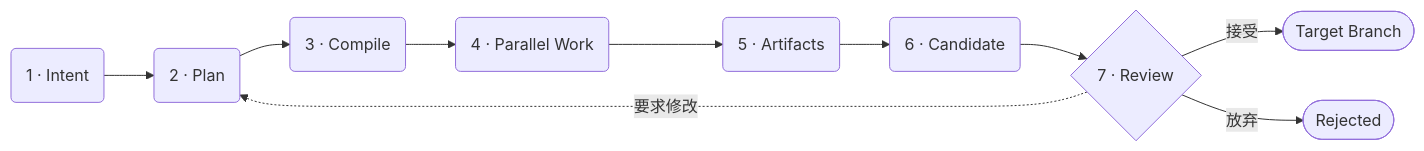
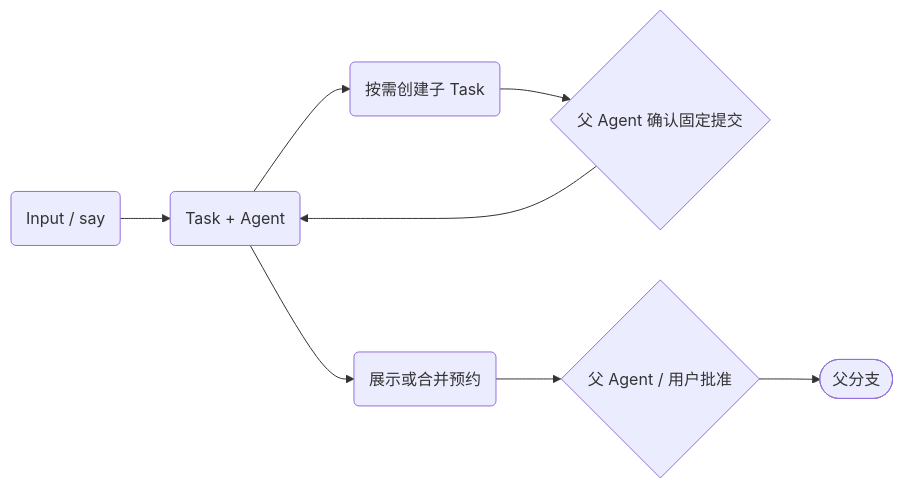
The diagram in docs/core-architecture.md (Loyage/lush), drawn with Mermaid before and after one commit. The commit also changed other lines of this file and 29 other files, not shown here.

Commit message:
docs: align reading paths with task-centered say workflow

````diff
--- a/docs/core-architecture.md
+++ b/docs/core-architecture.md
@@ -22,12 +11,10 @@
 ```mermaid
 flowchart LR
-    intent("1 · Intent") --> planner("2 · Plan")
-    planner --> compiler("3 · Compile")
-    compiler --> work("4 · Parallel Work")
-    work --> artifacts("5 · Artifacts")
-    artifacts --> candidate("6 · Candidate")
-    candidate --> review{"7 · Review"}
-    review -->|接受| target(["Target Branch"])
-    review -.要求修改.-> planner
-    review -->|放弃| rejected(["Rejected"])
+    input("Input / say") --> task("Task + Agent")
+    task --> child("按需创建子 Task")
+    child --> confirm{"父 Agent 确认固定提交"}
+    confirm --> task
+    task --> request("展示或合并预约")
+    request --> approve{"父 Agent / 用户批准"}
+    approve --> target(["父分支"])
 ```
````
